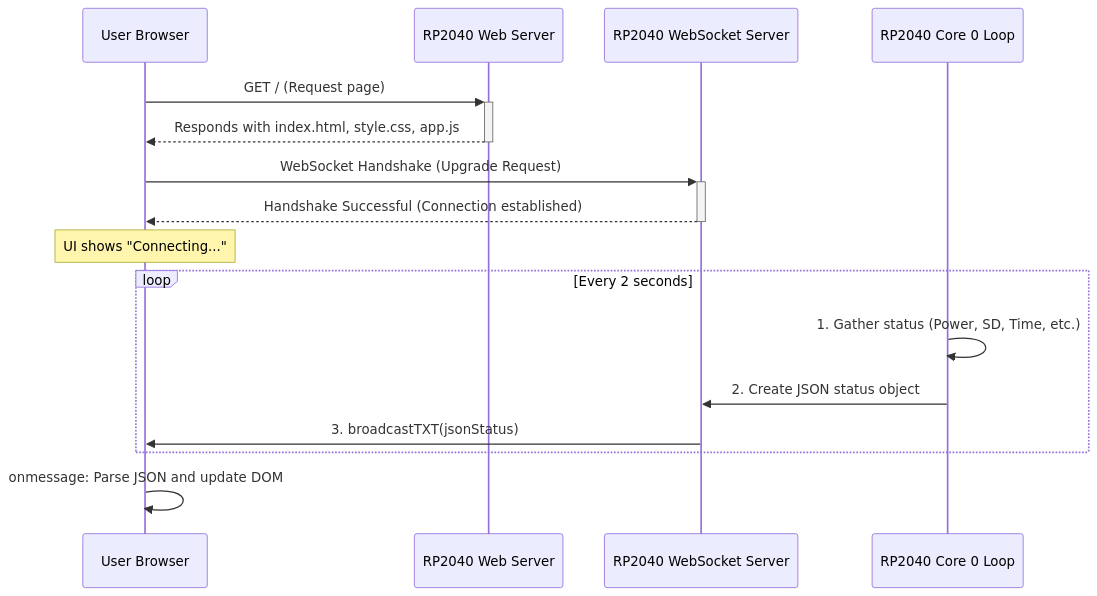
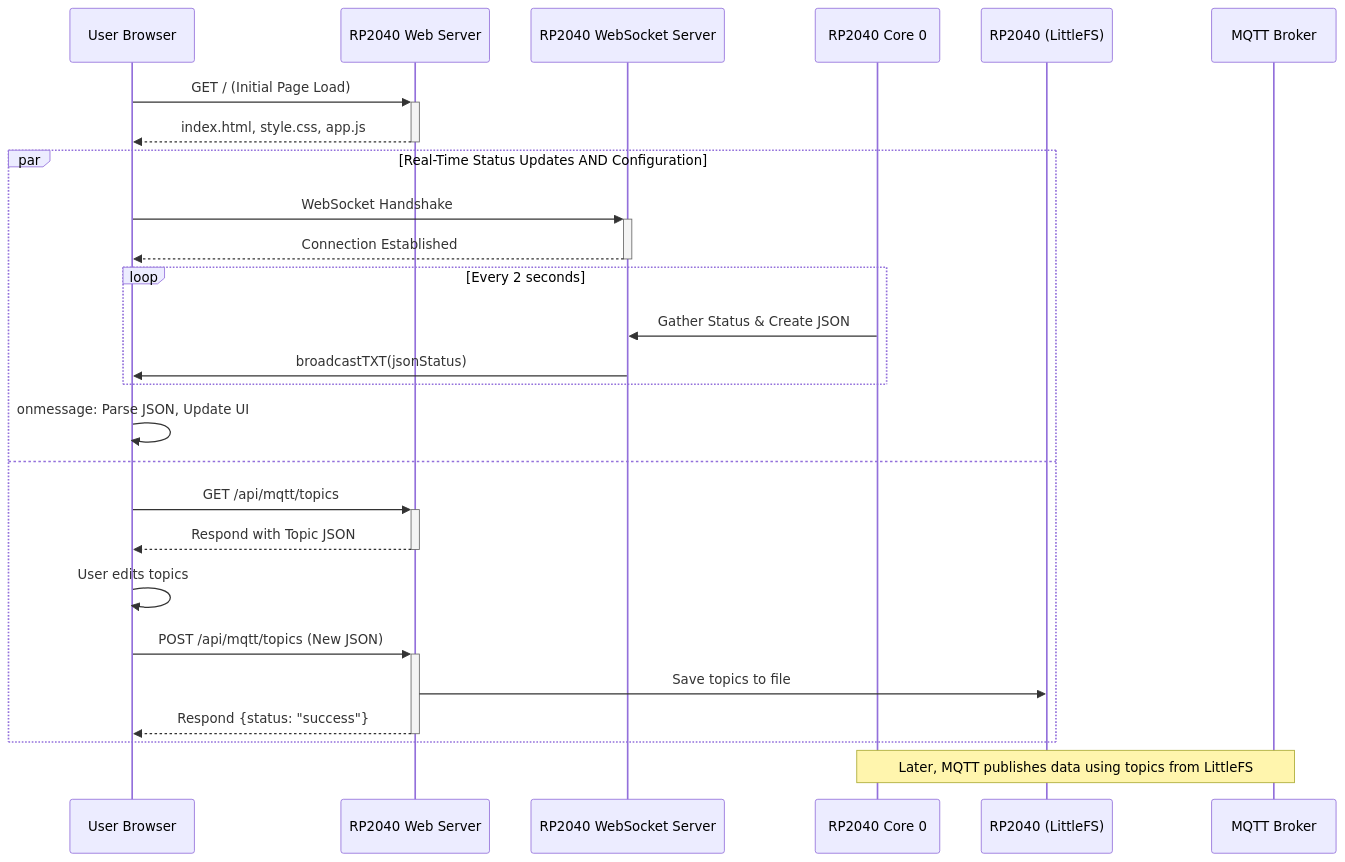
Before and after one commit to ScionResearch/open-reactor-control-system: the diagram in orc-sys-mcu/TASK.md, drawn with Mermaid. The commit also changed other lines of this file, not shown here.

Commit message:
Add feature task for websoket support for auto updating values, as well as integrating with mqtt for a configurable dashboard

````diff
--- a/orc-sys-mcu/TASK.md
+++ b/orc-sys-mcu/TASK.md
@@ -28,22 +29,36 @@
     ```mermaid
     sequenceDiagram
         participant User Browser
         participant RP2040 Web Server
         participant RP2040 WebSocket Server
-        participant RP2040 Core 0 Loop
+        participant RP2040 Core 0
+        participant RP2040 (LittleFS)
+        participant MQTT Broker
 
-        User Browser->>+RP2040 Web Server: GET / (Request page)
-        RP2040 Web Server-->>-User Browser: Responds with index.html, style.css, app.js
+        User Browser->>+RP2040 Web Server: GET / (Initial Page Load)
+        RP2040 Web Server-->>-User Browser: index.html, style.css, app.js
 
-        User Browser->>+RP2040 WebSocket Server: WebSocket Handshake (Upgrade Request)
-        RP2040 WebSocket Server-->>-User Browser: Handshake Successful (Connection established)
-        Note over User Browser: UI shows "Connecting..."
+        par Real-Time Status Updates AND Configuration
+            User Browser->>+RP2040 WebSocket Server: WebSocket Handshake
+            RP2040 WebSocket Server-->>-User Browser: Connection Established
 
-        loop Every 2 seconds
-            RP2040 Core 0 Loop->>RP2040 Core 0 Loop: 1. Gather status (Power, SD, Time, etc.)
-            RP2040 Core 0 Loop->>RP2040 WebSocket Server: 2. Create JSON status object
-            RP2040 WebSocket Server->>User Browser: 3. broadcastTXT(jsonStatus)
+            loop Every 2 seconds
+                RP2040 Core 0->>RP2040 WebSocket Server: Gather Status & Create JSON
+                RP2040 WebSocket Server->>User Browser: broadcastTXT(jsonStatus)
+            end
+
+            User Browser->>User Browser: onmessage: Parse JSON, Update UI
+
+        and
+            User Browser->>+RP2040 Web Server: GET /api/mqtt/topics
+            RP2040 Web Server-->>-User Browser: Respond with Topic JSON
+
+            User Browser->>User Browser: User edits topics
+
+            User Browser->>+RP2040 Web Server: POST /api/mqtt/topics (New JSON)
+            RP2040 Web Server->>RP2040 (LittleFS): Save topics to file
+            RP2040 Web Server-->>-User Browser: Respond {status: "success"}
         end
 
-        User Browser->>User Browser: onmessage: Parse JSON and update DOM
+        Note over RP2040 Core 0, MQTT Broker: Later, MQTT publishes data using topics from LittleFS
     ```
````
